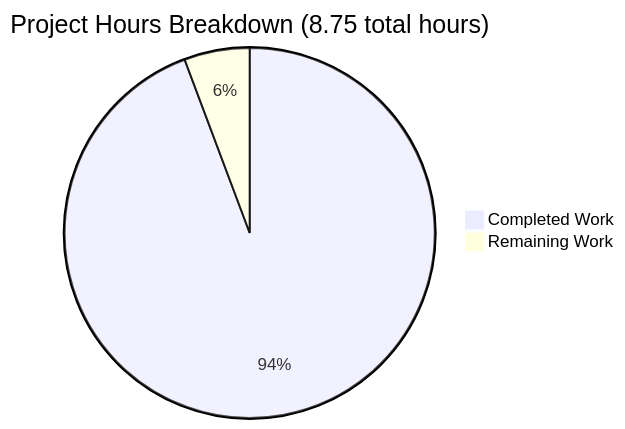
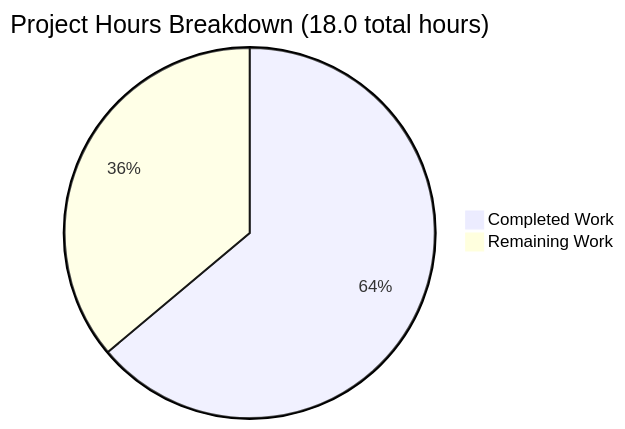
One commit to blitzytest02/10oct_6 changed the diagram in blitzy/documentation/Project Guide.md. Above: the diagram before and after it, drawn with Mermaid. The commit also changed other lines of this file, not shown here.

Commit message:
Adding Blitzy Project Guide: Project Status and Human Tasks Remaining

````diff
--- a/blitzy/documentation/Project Guide.md
+++ b/blitzy/documentation/Project Guide.md
@@ -131,5 +119,5 @@
 ```mermaid
-pie title Project Hours Breakdown (8.75 total hours)
-    "Completed Work" : 8.25
-    "Remaining Work" : 0.5
+pie title Project Hours Breakdown (18.0 total hours)
+    "Completed Work" : 11.5
+    "Remaining Work" : 6.5
 ```
````
